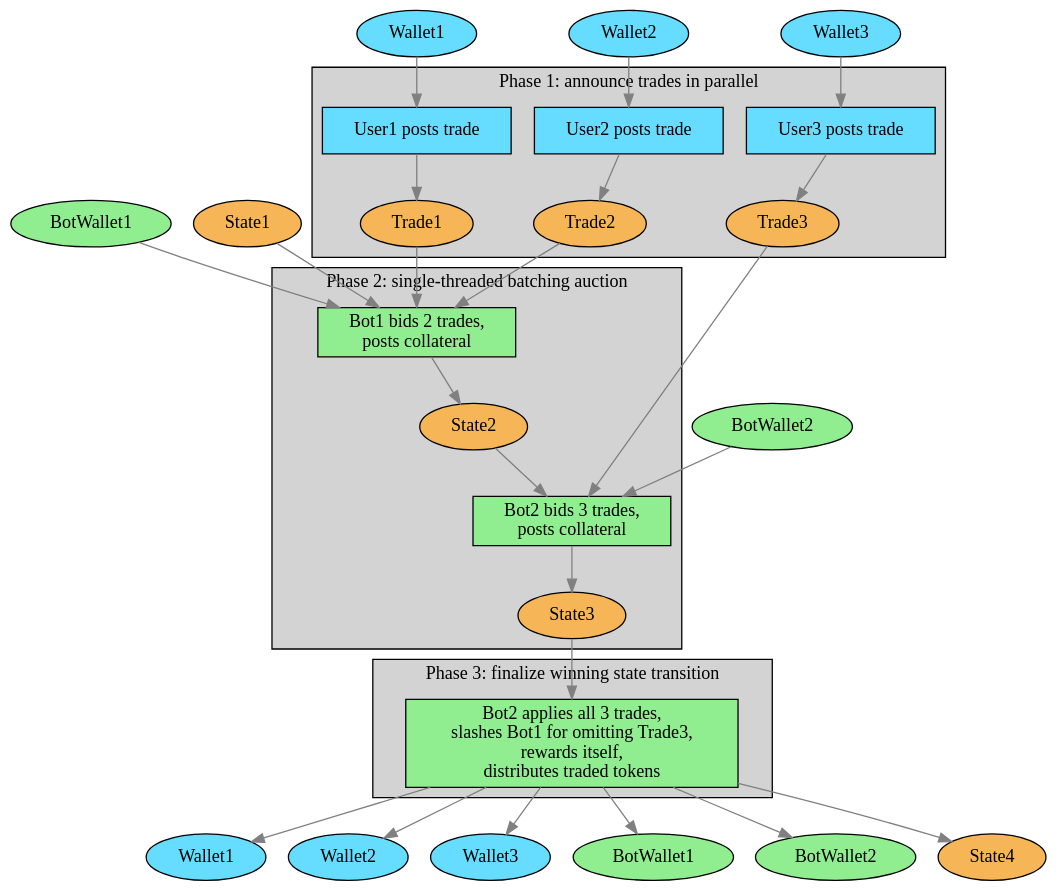
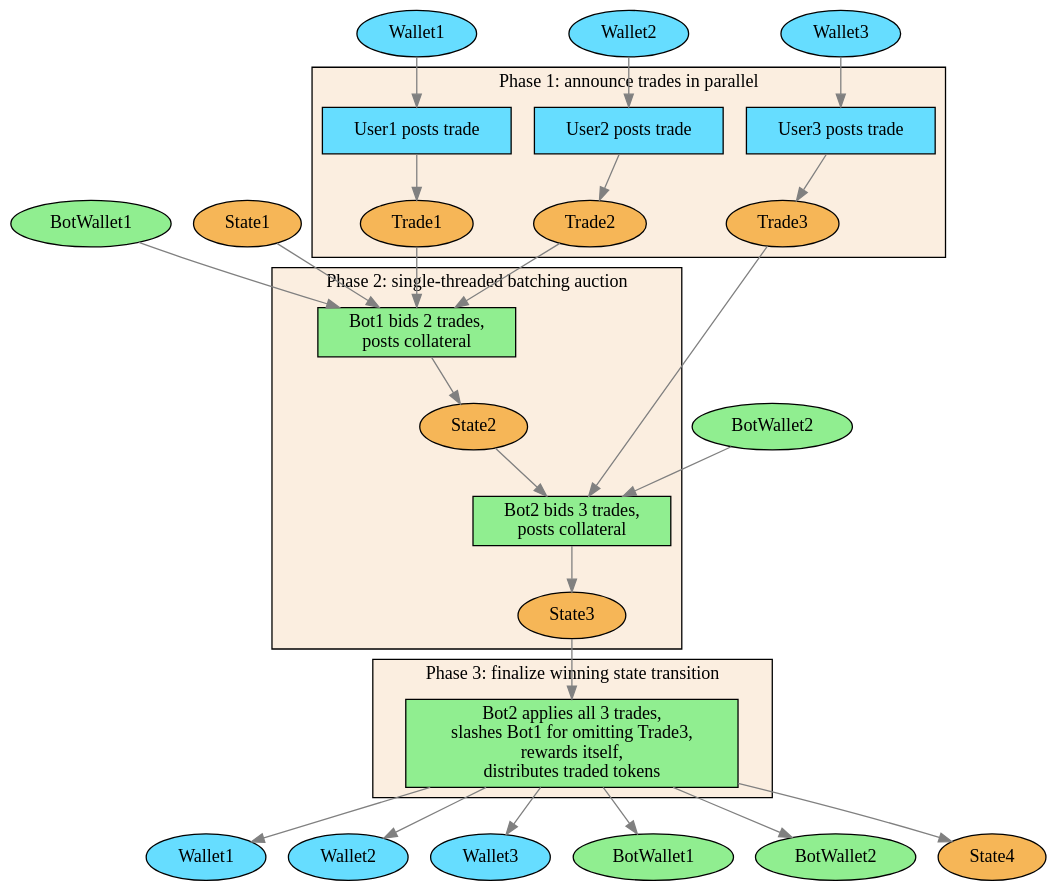
One commit to jefdaj/cryptoisland changed the diagram in src/posts/2021/09/10/simple-cardano-batching-bots/batching-protocol.dot. Above: the diagram before and after it, drawn with Graphviz. The commit also changed 1 other file, not shown here.

```diff
--- a/src/posts/2021/09/10/simple-cardano-batching-bots/batching-protocol.dot
+++ b/src/posts/2021/09/10/simple-cardano-batching-bots/batching-protocol.dot
@@ -1,79 +1,79 @@
 digraph protocol {
   rankdir=TB
   bgcolor=transparent
   node [style=filled, fillcolor=white]
   edge [color=grey]
 
   // nodes outside the protocol
   Wallet1 [fillcolor="#66ddff"]
   Wallet2 [fillcolor="#66ddff"]
   Wallet3 [fillcolor="#66ddff"]
   BotWallet1 [fillcolor=lightgreen]
   BotWallet2 [fillcolor=lightgreen]
   Wallet1p [label="Wallet1", fillcolor="#66ddff"]
   Wallet2p [label="Wallet2", fillcolor="#66ddff"]
   Wallet3p [label="Wallet3", fillcolor="#66ddff"]
   BotWallet1p [label="BotWallet1", fillcolor=lightgreen]
   BotWallet2p [label="BotWallet2", fillcolor=lightgreen]
   State1 [fillcolor="#F6B657"]
   State4 [fillcolor="#F6B657"]
 
   node [shape=rect, fillcolor="#66ddff"]
   UserWallet3 [label="User3 posts trade"]
   UserWallet2 [label="User2 posts trade"]
   UserWallet1 [label="User1 posts trade"]
 
   node [shape=oval, fillcolor=white]
   Wallet3 -> UserWallet3
   Wallet1 -> UserWallet1
   Wallet2 -> UserWallet2
 
   subgraph cluster_phase1 {
-    bgcolor=lightgrey
+    bgcolor="#fbeee0"
     label="Phase 1: announce trades in parallel"
     node [shape=oval]
     Trade1 [fillcolor="#F6B657"]
     Trade2 [fillcolor="#F6B657"]
     Trade3 [fillcolor="#F6B657"]
 
     UserWallet3 -> Trade3
     UserWallet1 -> Trade1
     UserWallet2 -> Trade2
   }
   
   subgraph cluster_phase2 {
-    bgcolor=lightgrey
+    bgcolor="#fbeee0"
     label="Phase 2: single-threaded batching auction"
     Batch1 [label="Bot1 bids 2 trades,\nposts collateral", shape=rect, fillcolor=lightgreen]
     Batch2 [label="Bot2 bids 3 trades,\nposts collateral", shape=rect, fillcolor=lightgreen]
     State2 [fillcolor="#F6B657"]
     State3 [fillcolor="#F6B657"]
   }
 
   subgraph cluster_phase3 {
-    bgcolor=lightgrey
+    bgcolor="#fbeee0"
     label="Phase 3: finalize winning state transition"
     Finalize [shape=rect, fillcolor=lightgreen, label="Bot2 applies all 3 trades,\nslashes Bot1 for omitting Trade3,\nrewards itself,\ndistributes traded tokens"]
   }
 
   State2
   State3
 
   State1 -> Batch1 -> State2
   Trade1 -> Batch1
   Trade2 -> Batch1
   BotWallet1 -> Batch1
   
   BotWallet2 -> Batch2
   Trade3 -> Batch2
   
   State2 -> Batch2 -> State3
 
   State3 -> Finalize
   Finalize -> Wallet1p
   Finalize -> Wallet2p
   Finalize -> Wallet3p
   Finalize -> BotWallet1p
   Finalize -> BotWallet2p
   Finalize -> State4
 }
```
